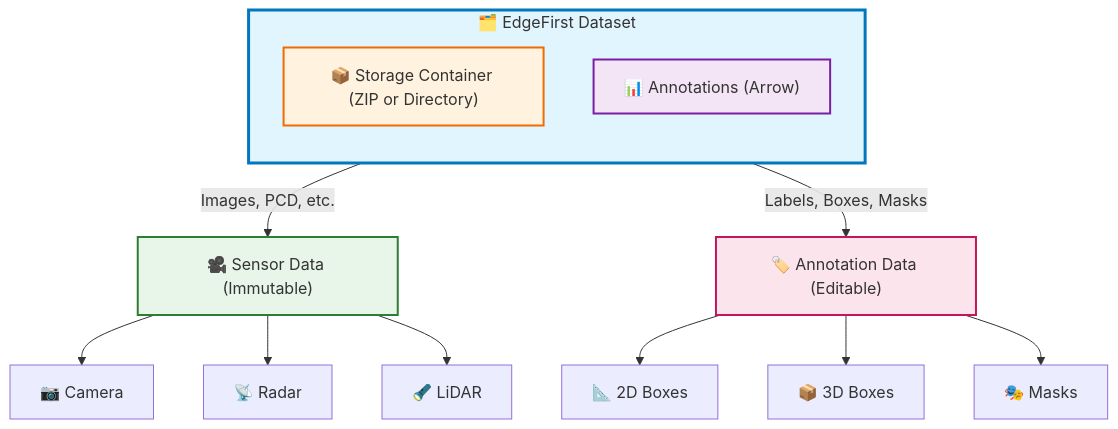
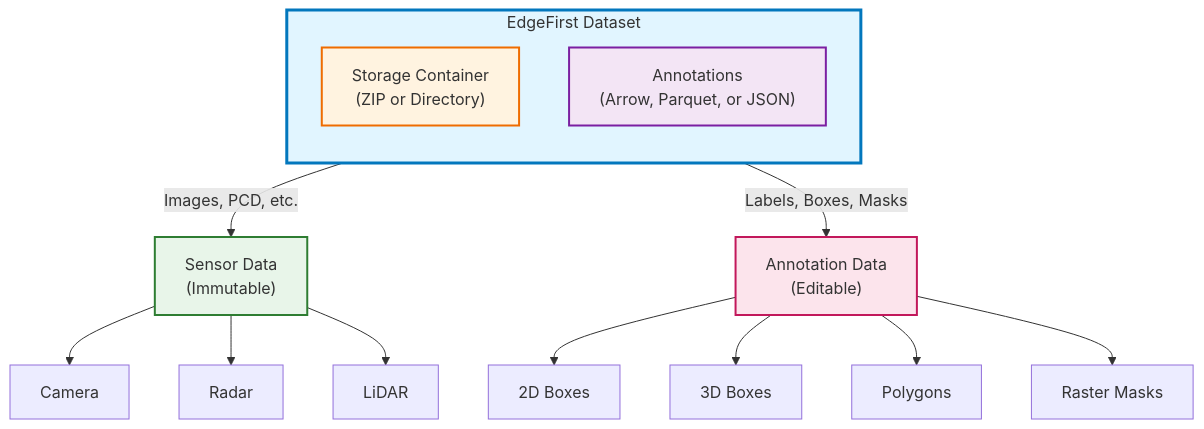
Before and after one commit to EdgeFirstAI/documentation: the diagram in docs/datasets/format/index.md, drawn with Mermaid. The commit also changed other lines of this file and 7 other files, not shown here.

````diff
--- a/docs/datasets/format/index.md
+++ b/docs/datasets/format/index.md
@@ -22,25 +8,26 @@
 ```mermaid
 graph TB
-    subgraph Dataset["🗂️ EdgeFirst Dataset"]
+    subgraph Dataset["EdgeFirst Dataset"]
         direction TB
-        Storage["📦 Storage Container (ZIP or Directory)"]
-        Annotations["📊 Annotations (Arrow)"]
+        Storage["Storage Container<br/>(ZIP or Directory)"]
+        Annotations["Annotations<br/>(Arrow, Parquet, or JSON)"]
     end
-    
-    Storage --> |"Images, PCD, etc."| Sensor["🎥 Sensor Data (Immutable)"]
-    Annotations --> |"Labels, Boxes, Masks"| Labels["🏷️ Annotation Data (Editable)"]
-    
-    Sensor --> Camera["📷 Camera"]
-    Sensor --> Radar["📡 Radar"]
-    Sensor --> LiDAR["🔦 LiDAR"]
-    
-    Labels --> Box2D["📐 2D Boxes"]
-    Labels --> Box3D["📦 3D Boxes"]
-    Labels --> Masks["🎭 Masks"]
-    
+
+    Storage --> |"Images, PCD, etc."| Sensor["Sensor Data<br/>(Immutable)"]
+    Annotations --> |"Labels, Boxes, Masks"| Labels["Annotation Data<br/>(Editable)"]
+
+    Sensor --> Camera["Camera"]
+    Sensor --> Radar["Radar"]
+    Sensor --> LiDAR["LiDAR"]
+
+    Labels --> Box2D["2D Boxes"]
+    Labels --> Box3D["3D Boxes"]
+    Labels --> Polygons["Polygons"]
+    Labels --> Masks["Raster Masks"]
+
     style Dataset fill:#e1f5ff,stroke:#0277bd,stroke-width:3px
     style Storage fill:#fff3e0,stroke:#ef6c00,stroke-width:2px
     style Annotations fill:#f3e5f5,stroke:#7b1fa2,stroke-width:2px
     style Sensor fill:#e8f5e9,stroke:#2e7d32,stroke-width:2px
     style Labels fill:#fce4ec,stroke:#c2185b,stroke-width:2px
 ```
````
